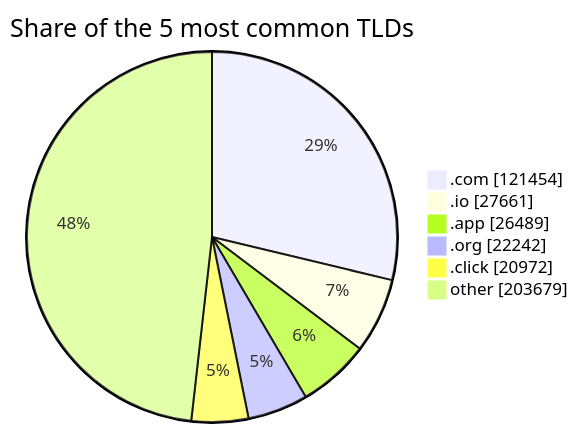
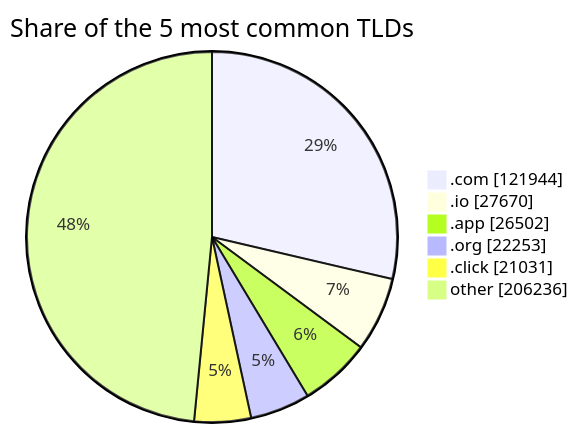
Before and after one commit to DNSBunker/CTI: the third of 3 diagrams in README.md, drawn with Mermaid. The commit also changed other lines of this file and 3 other files, not shown here.

````diff
--- a/README.md
+++ b/README.md
@@ -81,9 +81,9 @@
 ```mermaid
 pie showData title Share of the 5 most common TLDs
-    ".com" : 121454
-    ".io" : 27661
-    ".app" : 26489
-    ".org" : 22242
-    ".click" : 20972
-    "other" : 203679
+    ".com" : 121944
+    ".io" : 27670
+    ".app" : 26502
+    ".org" : 22253
+    ".click" : 21031
+    "other" : 206236
 ```
````
